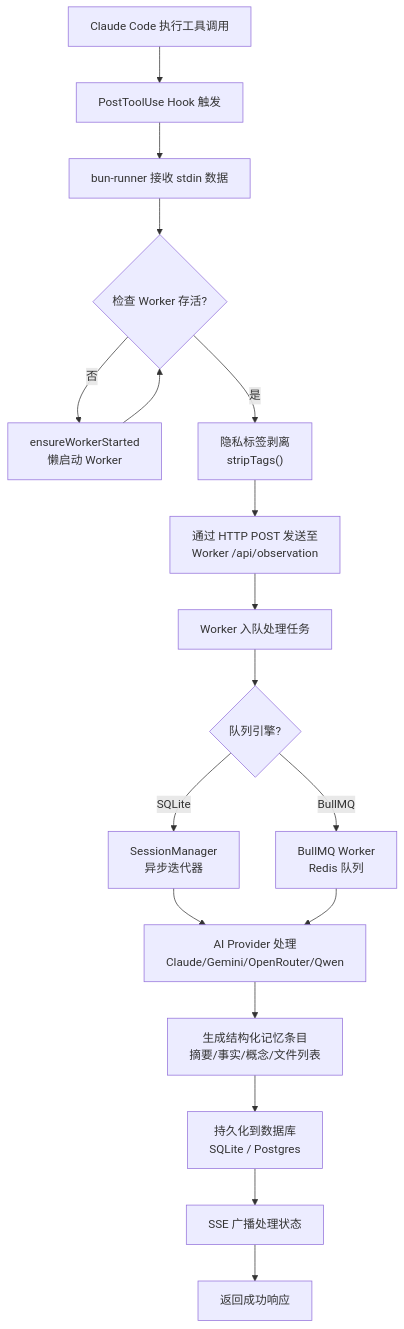
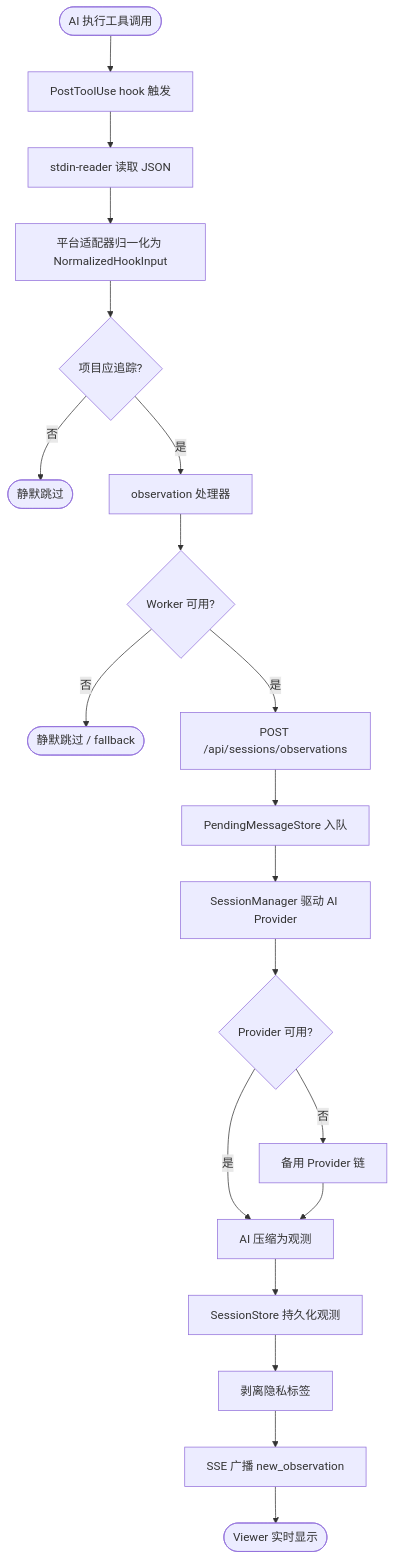
One commit to sharesdoc/claude-mem changed the third of 8 diagrams in doc/A-系统需求文档.md. Above: the diagram before and after it, drawn with Mermaid. The commit also changed other lines of this file and 22 other files, not shown here.

````diff
--- a/doc/A-系统需求文档.md
+++ b/doc/A-系统需求文档.md
@@ -407,20 +391,22 @@
 ```mermaid
 flowchart TB
-    A["Claude Code 执行工具调用"] --> B["PostToolUse Hook 触发"]
-    B --> C["bun-runner 接收 stdin 数据"]
-    C --> D{"检查 Worker 存活?"}
-    D -- 否 --> E["ensureWorkerStarted<br/>懒启动 Worker"]
-    E --> D
-    D -- 是 --> F["隐私标签剥离<br/>stripTags()"]
-    F --> G["通过 HTTP POST 发送至<br/>Worker /api/observation"]
-    G --> H["Worker 入队处理任务"]
-    H --> I{"队列引擎?"}
-    I -- SQLite --> J["SessionManager<br/>异步迭代器"]
-    I -- BullMQ --> K["BullMQ Worker<br/>Redis 队列"]
-    J --> L["AI Provider 处理<br/>Claude/Gemini/OpenRouter/Qwen"]
-    K --> L
-    L --> M["生成结构化记忆条目<br/>摘要/事实/概念/文件列表"]
-    M --> N["持久化到数据库<br/>SQLite / Postgres"]
-    N --> O["SSE 广播处理状态"]
-    O --> P["返回成功响应"]
+    A([AI 执行工具调用]) --> B[PostToolUse hook 触发]
+    B --> C[stdin-reader 读取 JSON]
+    C --> D[平台适配器归一化为 NormalizedHookInput]
+    D --> E{项目应追踪?}
+    E -->|否| Z1([静默跳过])
+    E -->|是| F[observation 处理器]
+    F --> G{Worker 可用?}
+    G -->|否| Z2([静默跳过 / fallback])
+    G -->|是| H[POST /api/sessions/observations]
+    H --> I[PendingMessageStore 入队]
+    I --> J[SessionManager 驱动 AI Provider]
+    J --> K{Provider 可用?}
+    K -->|否| L[备用 Provider 链]
+    K -->|是| M[AI 压缩为观测]
+    L --> M
+    M --> N[SessionStore 持久化观测]
+    N --> O[剥离隐私标签]
+    O --> P[SSE 广播 new_observation]
+    P --> Q([Viewer 实时显示])
 ```
````
